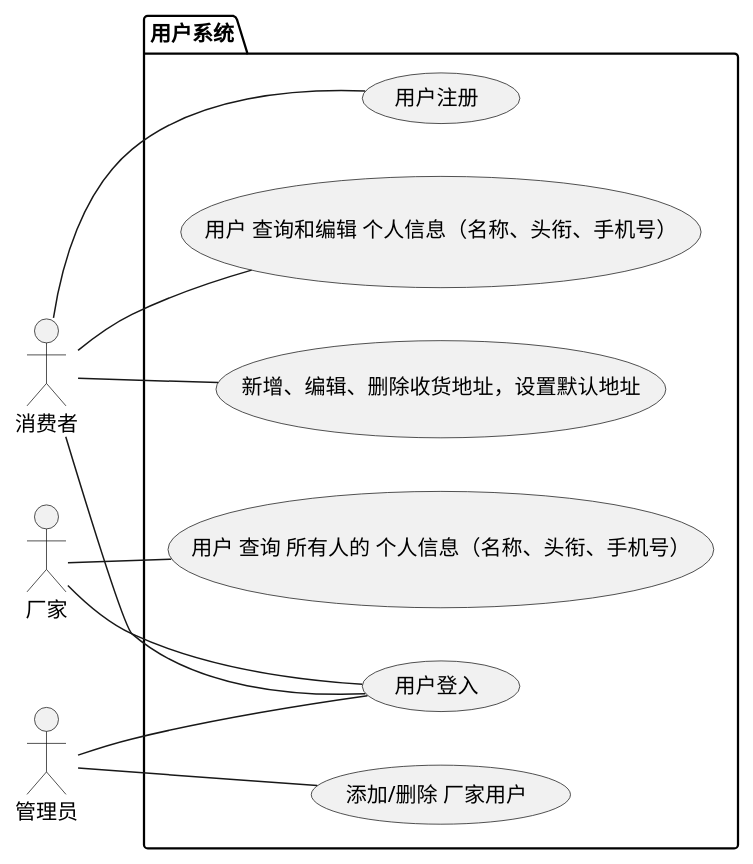
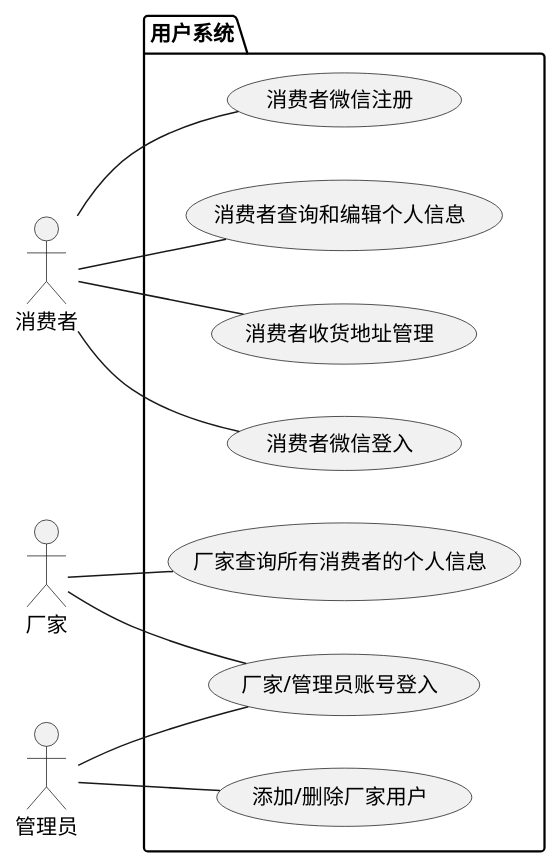
The second of 3 diagrams in docs/软件需求规格说明书.md (PassertlonG/xxgwp), drawn with PlantUML before and after one commit. The commit also changed other lines of this file and 2 other files, not shown here.

````diff
--- a/docs/软件需求规格说明书.md
+++ b/docs/软件需求规格说明书.md
@@ -166,42 +171,30 @@
 ```plantuml
 @startuml
 left to right direction
 actor "消费者" as consumer
 actor "厂家" as manufacturer
 actor "管理员" as admin
 
-
 package 用户系统 {
 
-usecase "用户登入" as UC101
-usecase "用户注册" as UC102
-usecase "添加/删除 厂家用户" as UC103
-usecase "用户 查询和编辑 个人信息（名称、头衔、手机号）" as UC104
-usecase "新增、编辑、删除收货地址，设置默认地址" as UC105
-usecase "用户 查询 所有人的 个人信息（名称、头衔、手机号）" as UC106 
+usecase "消费者微信登入" as UC101
+usecase "消费者微信注册" as UC102
+usecase "厂家/管理员账号登入" as UC103
+usecase "添加/删除厂家用户" as UC104
+usecase "消费者查询和编辑个人信息" as UC105
+usecase "消费者收货地址管理" as UC106
+usecase "厂家查询所有消费者的个人信息" as UC107
 
 }
 consumer -- UC101
 consumer -- UC102
-consumer -- UC104
 consumer -- UC105
+consumer -- UC106
 
-manufacturer -- UC101
-manufacturer -- UC106
+manufacturer -- UC103
+manufacturer -- UC107
 
-admin -- UC101
 admin -- UC103
-
-
-
-
+admin -- UC104
 @enduml
-
-
-
-
-
-
-
-
 ```
````
